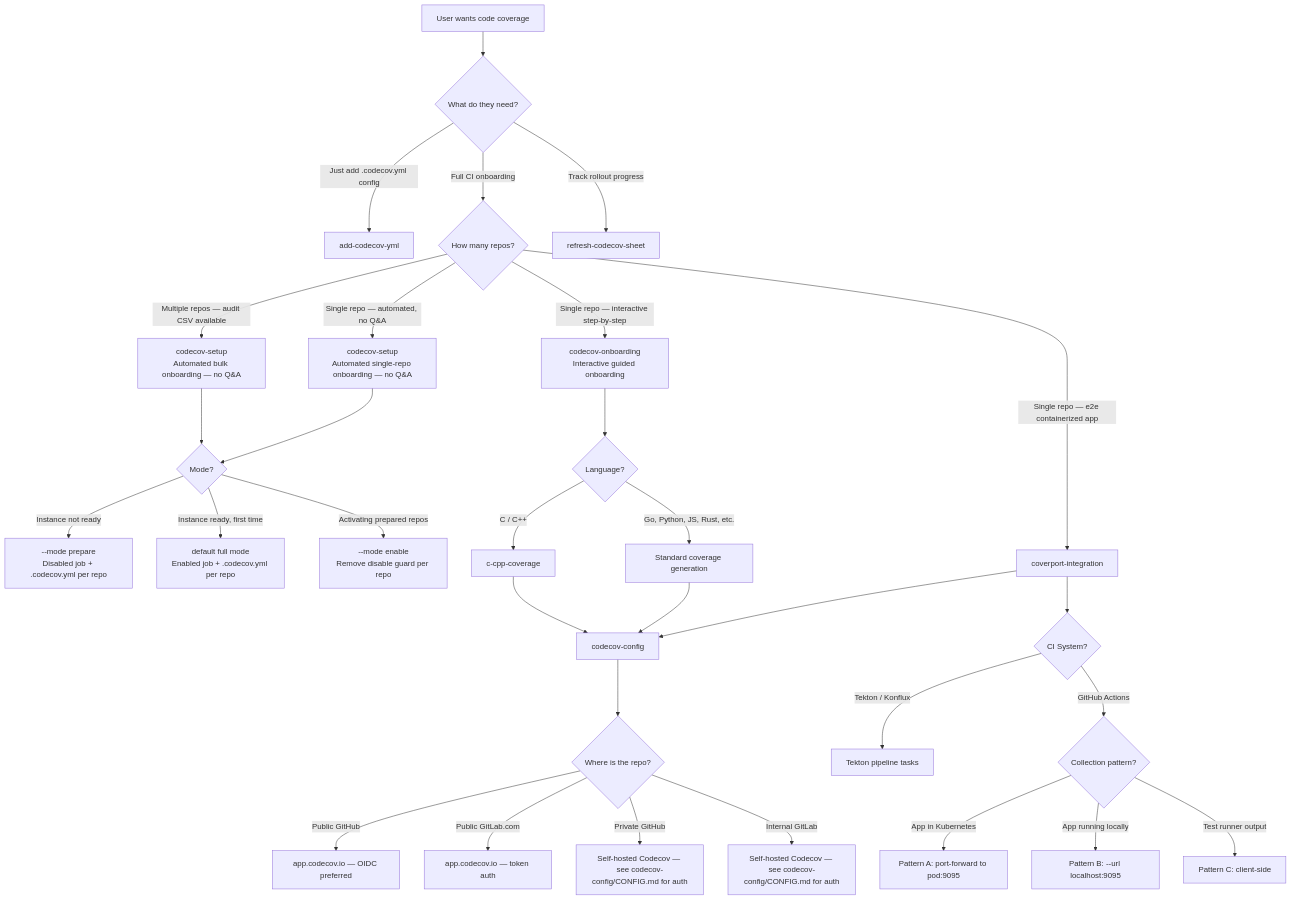
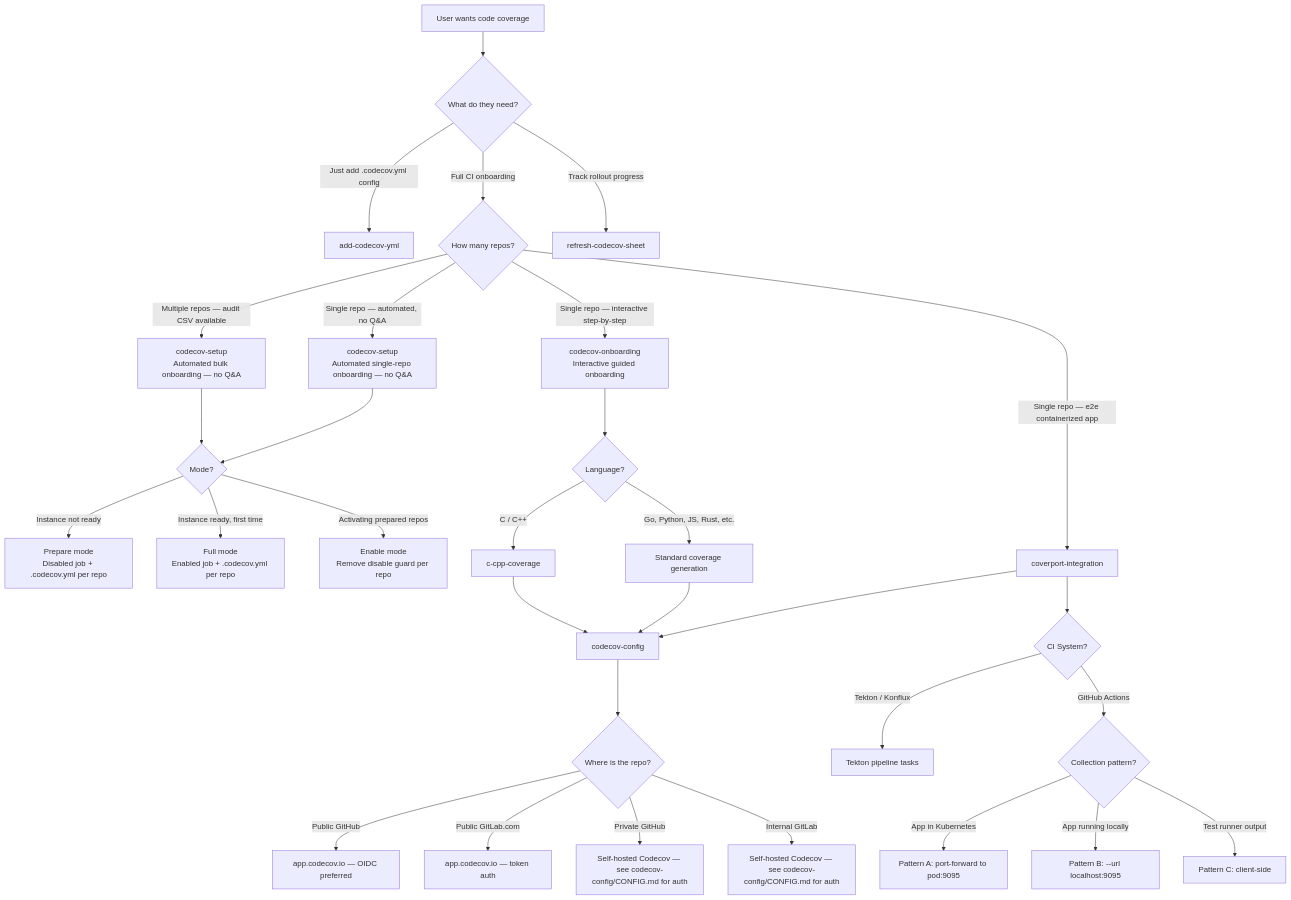
Before and after one commit to konflux-ci/coverport: the diagram in .claude/skills/DECISION_TREE.md, drawn with Mermaid. The commit also changed 1 other file, not shown here.

Commit message:
fix: remove CLI syntax from decision tree nodes and align Python coverage flags
[naming-consistency] DECISION_TREE.md nodes H, I, J still used
--mode prepare / --mode enable CLI flag syntax. Replace with plain
descriptive names: "Prepare mode", "Full mode", "Enable mode".

[algorithm-logic-consistency] Python coverage flags used bare --cov
which defaults to the current directory and can miss packages in
non-standard layouts. Align with codecov-onboarding which uses
--cov=<package>. Add a four-step package detection heuristic so the
non-interactive skill can resolve the package name automatically:
1. Reuse existing --cov= value if already in the pytest command
2. Find top-level directory with __init__.py
3. Check setup.py / pyproject.toml / setup.cfg for declared name
4. Fall back to --cov=. with a TODO comment + manual-attention entry
Also add a Python example alongside the existing Go example.

````diff
--- a/.claude/skills/DECISION_TREE.md
+++ b/.claude/skills/DECISION_TREE.md
@@ -3,42 +3,42 @@
 ```mermaid
 graph TD
     A[User wants code coverage] --> AA{What do they need?}
 
     AA -->|Just add .codecov.yml config| AB[add-codecov-yml]
     AA -->|Full CI onboarding| B{How many repos?}
     AA -->|Track rollout progress| AC[refresh-codecov-sheet]
 
     B -->|Multiple repos — audit CSV available| C[codecov-setup\nAutomated bulk onboarding — no Q&A]
     B -->|Single repo — automated, no Q&A| D[codecov-setup\nAutomated single-repo onboarding — no Q&A]
     B -->|Single repo — interactive step-by-step| E[codecov-onboarding\nInteractive guided onboarding]
     B -->|Single repo — e2e containerized app| F[coverport-integration]
 
     C --> G{Mode?}
-    G -->|Instance not ready| H[--mode prepare\nDisabled job + .codecov.yml per repo]
-    G -->|Instance ready, first time| I[default full mode\nEnabled job + .codecov.yml per repo]
-    G -->|Activating prepared repos| J[--mode enable\nRemove disable guard per repo]
+    G -->|Instance not ready| H[Prepare mode\nDisabled job + .codecov.yml per repo]
+    G -->|Instance ready, first time| I[Full mode\nEnabled job + .codecov.yml per repo]
+    G -->|Activating prepared repos| J[Enable mode\nRemove disable guard per repo]
 
     D --> G
 
     E --> K{Language?}
     K -->|C / C++| L[c-cpp-coverage]
     K -->|Go, Python, JS, Rust, etc.| M[Standard coverage generation]
 
     L --> N[codecov-config]
     M --> N
     F --> N
 
     F --> O{CI System?}
     O -->|Tekton / Konflux| P[Tekton pipeline tasks]
     O -->|GitHub Actions| Q{Collection pattern?}
 
     Q -->|App in Kubernetes| R[Pattern A: port-forward to pod:9095]
     Q -->|App running locally| S[Pattern B: --url localhost:9095]
     Q -->|Test runner output| T[Pattern C: client-side]
 
     N --> U{Where is the repo?}
     U -->|Public GitHub| V[app.codecov.io — OIDC preferred]
     U -->|Public GitLab.com| V2[app.codecov.io — token auth]
     U -->|Private GitHub| W[Self-hosted Codecov — see codecov-config/CONFIG.md for auth]
     U -->|Internal GitLab| X[Self-hosted Codecov — see codecov-config/CONFIG.md for auth]
 ```
````
